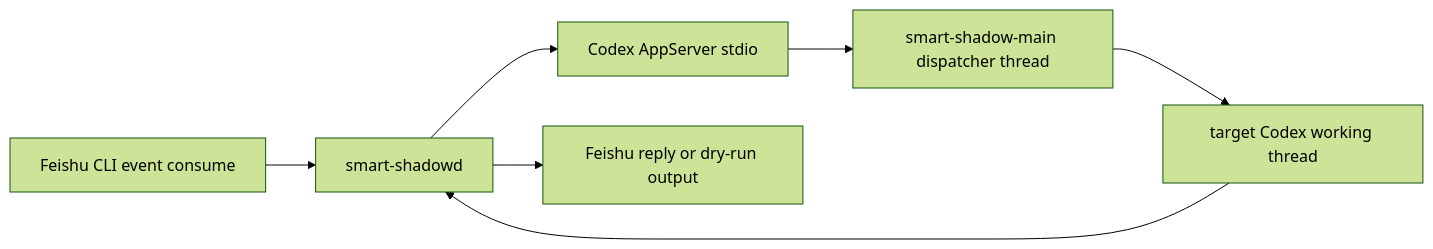
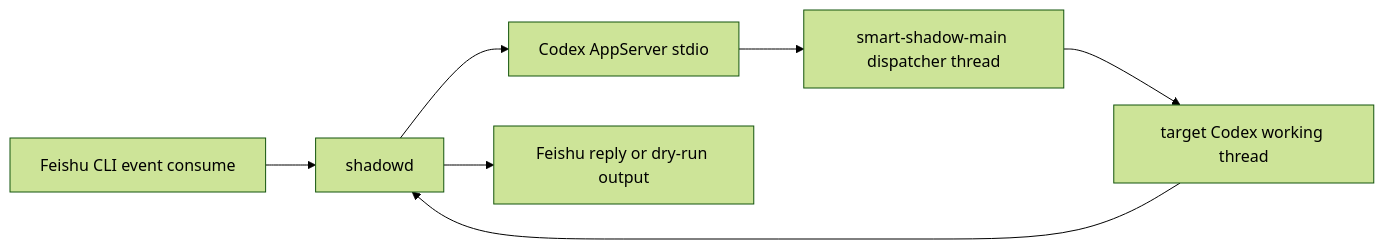
Before and after one commit to longbiaochen/smart-shadow: the second of 2 diagrams in README.md, drawn with Mermaid (forest theme). The commit also changed other lines of this file and 8 other files, not shown here.

Commit message:
Rename smart-shadowd to shadowd

````diff
--- a/README.md
+++ b/README.md
@@ -133,9 +133,9 @@
 ```mermaid
 flowchart LR
-    Feishu["Feishu CLI event consume"] --> D["smart-shadowd"]
+    Feishu["Feishu CLI event consume"] --> D["shadowd"]
     D --> AppServer["Codex AppServer stdio"]
     AppServer --> Main["smart-shadow-main dispatcher thread"]
     Main --> Work["target Codex working thread"]
     Work --> D
     D --> Reply["Feishu reply or dry-run output"]
 ```
````
